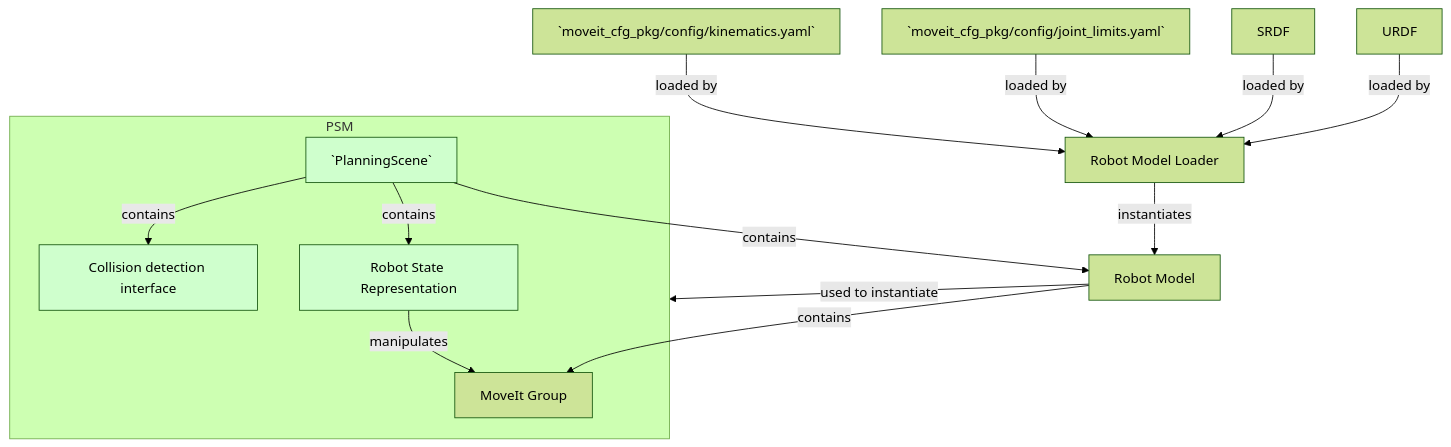
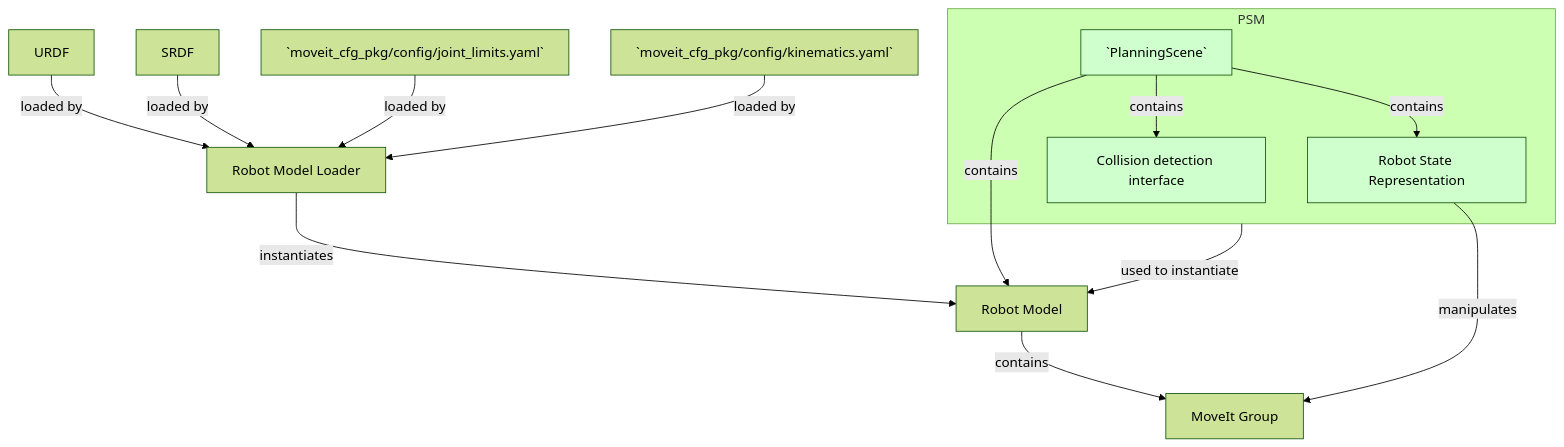
The second of 2 diagrams in 02_planning_scene/readme.md (rafaelrojasmiliani/moveit_tutorial), drawn with Mermaid (forest theme) before and after one commit.

````diff
--- a/02_planning_scene/readme.md
+++ b/02_planning_scene/readme.md
@@ -107,19 +107,19 @@
 ```mermaid
 graph TD;
     URDF -- loaded by --> RML[Robot Model Loader];
     SRDF -- loaded by --> RML;
     J[`moveit_cfg_pkg/config/joint_limits.yaml`] -- loaded by --> RML;
     K[`moveit_cfg_pkg/config/kinematics.yaml`] -- loaded by --> RML;
     RML -- instantiates --> RM[Robot Model];
     RM -- contains --> MG[MoveIt Group];
     PS[`PlanningScene`] -- contains --> RM;
     subgraph PSM
     PS -- contains --> RS[Robot State Representation];
     PS -- contains --> CD[Collision detection interface];
+    end
     RS -- manipulates --> MG;
-    end
-    RM -- used to instantiate --> PSM;
+    PSM -- used to instantiate --> RM;
     style PS fill:#CFFFCD;
     style RS fill:#CFFFCD;
     style CD fill:#CFFFCD;
 ```
````
